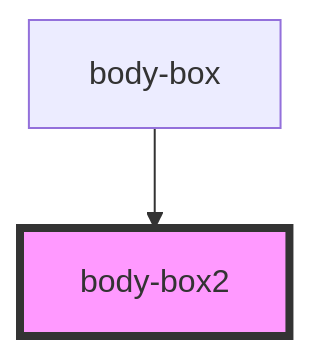
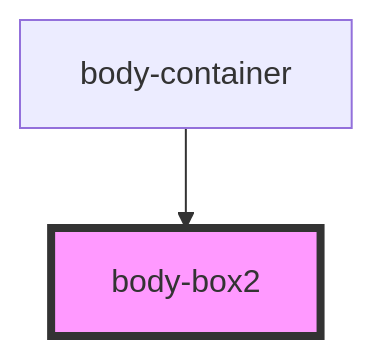
The diagram in src/components/body-box2/readme.md (LucaArgentieri/ACME-Enterprise), drawn with Mermaid before and after one commit. The commit also changed other lines of this file and 19 other files, not shown here.

````diff
--- a/src/components/body-box2/readme.md
+++ b/src/components/body-box2/readme.md
@@ -15,5 +15,5 @@
 ```mermaid
 graph TD;
-  body-box --> body-box2
+  body-container --> body-box2
   style body-box2 fill:#f9f,stroke:#333,stroke-width:4px
 ```
````
